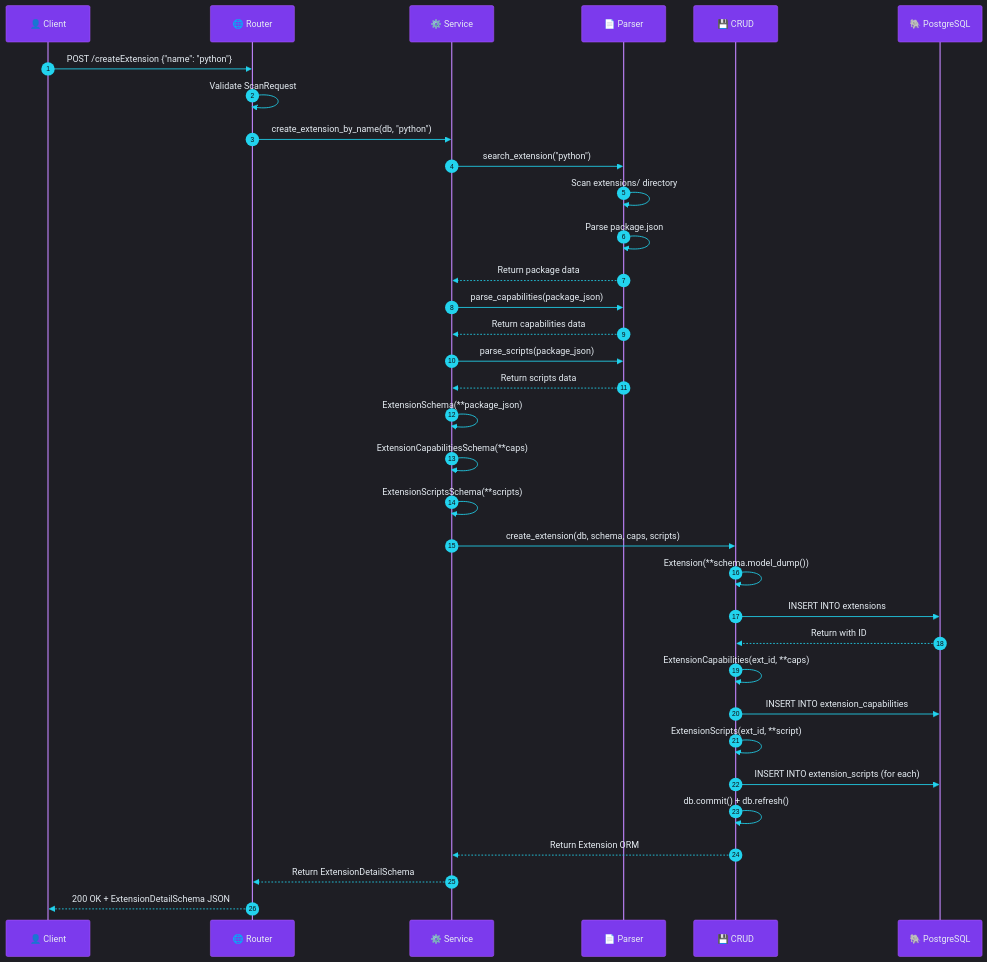
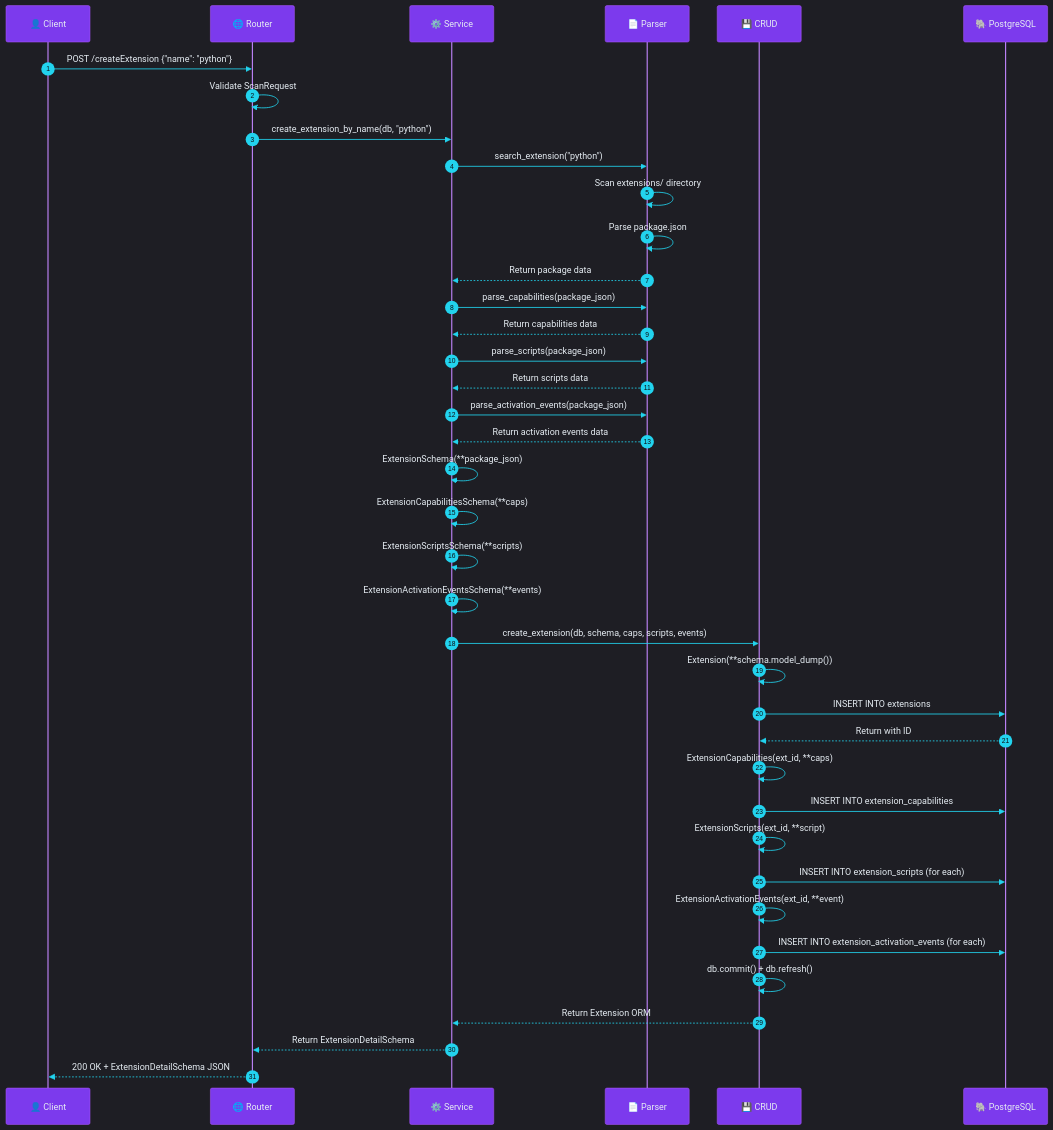
The fifth of 14 diagrams in documents/ARCHITECTURE.md (Ekremunalytu/automation_enviroment), drawn with Mermaid before and after one commit. The commit also changed other lines of this file and 9 other files, not shown here.

Commit message:
activation events added

````diff
--- a/documents/ARCHITECTURE.md
+++ b/documents/ARCHITECTURE.md
@@ -300,43 +300,48 @@
 ```mermaid
 %%{init: {'theme': 'dark', 'themeVariables': { 'background': '#0d1117', 'primaryColor': '#a855f7', 'primaryTextColor': '#e6edf3', 'actorTextColor': '#e6edf3', 'actorBkg': '#7c3aed', 'actorBorder': '#a855f7', 'actorLineColor': '#c084fc', 'signalColor': '#22d3ee', 'signalTextColor': '#e6edf3', 'sequenceNumberColor': '#0d1117', 'noteBkgColor': '#be185d', 'noteTextColor': '#e6edf3', 'noteBorderColor': '#ec4899', 'activationBkgColor': '#4f46e5', 'activationBorderColor': '#818cf8', 'labelBoxBkgColor': '#161b22'}}}%%
 sequenceDiagram
     autonumber
     participant C as 👤 Client
     participant R as 🌐 Router
     participant S as ⚙️ Service
     participant P as 📄 Parser
     participant CR as 💾 CRUD
     participant DB as 🐘 PostgreSQL
 
     C->>R: POST /createExtension {"name": "python"}
     R->>R: Validate ScanRequest
     R->>S: create_extension_by_name(db, "python")
 
     S->>P: search_extension("python")
     P->>P: Scan extensions/ directory
     P->>P: Parse package.json
     P-->>S: Return package data
 
     S->>P: parse_capabilities(package_json)
     P-->>S: Return capabilities data
     S->>P: parse_scripts(package_json)
     P-->>S: Return scripts data
+    S->>P: parse_activation_events(package_json)
+    P-->>S: Return activation events data
 
     S->>S: ExtensionSchema(**package_json)
     S->>S: ExtensionCapabilitiesSchema(**caps)
     S->>S: ExtensionScriptsSchema(**scripts)
-    S->>CR: create_extension(db, schema, caps, scripts)
+    S->>S: ExtensionActivationEventsSchema(**events)
+    S->>CR: create_extension(db, schema, caps, scripts, events)
 
     CR->>CR: Extension(**schema.model_dump())
     CR->>DB: INSERT INTO extensions
     DB-->>CR: Return with ID
     CR->>CR: ExtensionCapabilities(ext_id, **caps)
     CR->>DB: INSERT INTO extension_capabilities
     CR->>CR: ExtensionScripts(ext_id, **script)
     CR->>DB: INSERT INTO extension_scripts (for each)
+    CR->>CR: ExtensionActivationEvents(ext_id, **event)
+    CR->>DB: INSERT INTO extension_activation_events (for each)
     CR->>CR: db.commit() + db.refresh()
     CR-->>S: Return Extension ORM
 
     S-->>R: Return ExtensionDetailSchema
     R-->>C: 200 OK + ExtensionDetailSchema JSON
 ```
````
